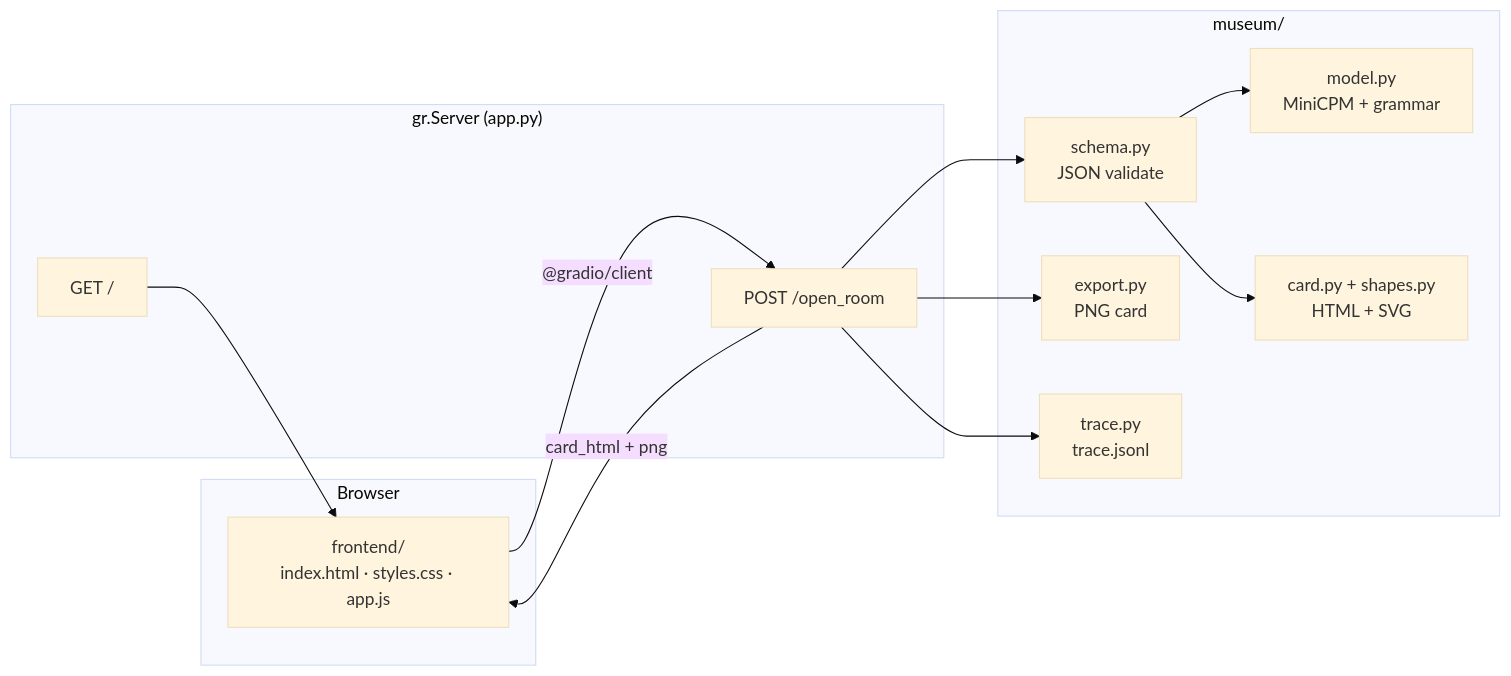
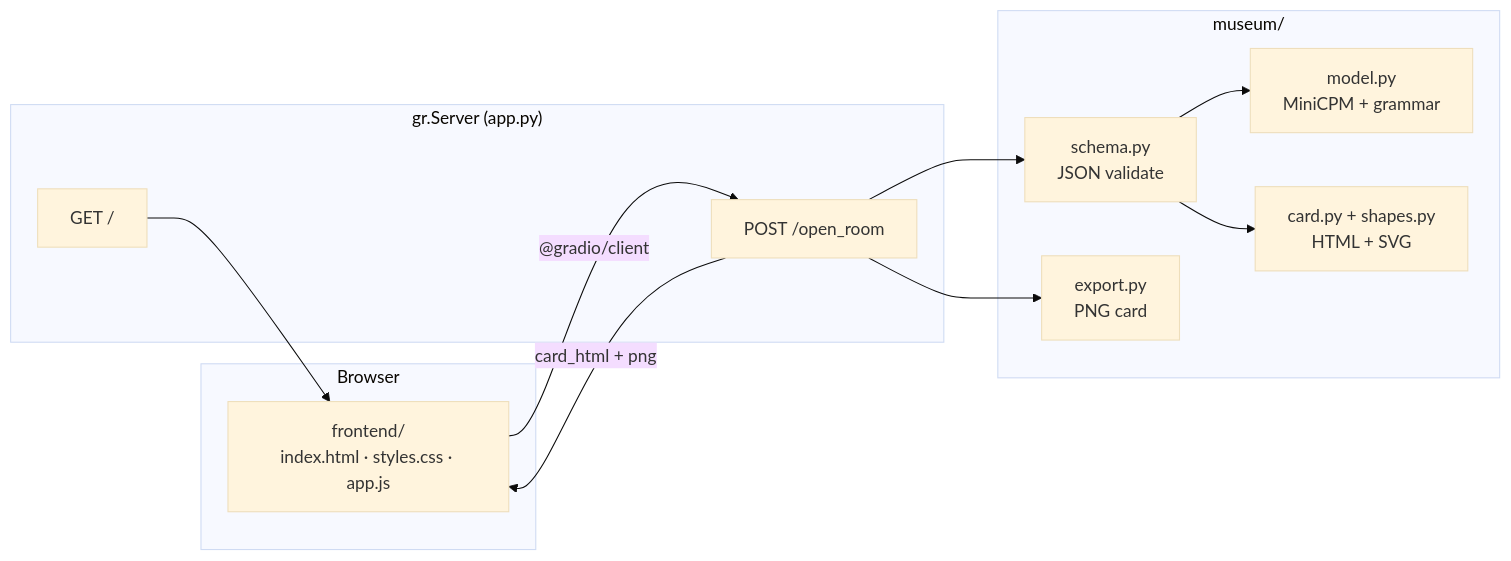
One commit to Rime504/museum-of-unlived-lives changed the diagram in README.md. Above: the diagram before and after it, drawn with Mermaid (base theme). The commit also changed other lines of this file and 5 other files, not shown here.

````diff
--- a/README.md
+++ b/README.md
@@ -28,28 +28,26 @@
 ```mermaid
 flowchart LR
   subgraph client["Browser"]
     UI["frontend/<br/>index.html · styles.css · app.js"]
   end
 
   subgraph server["gr.Server (app.py)"]
     GET["GET /"]
     API["POST /open_room"]
   end
 
   subgraph museum["museum/"]
     SCHEMA["schema.py<br/>JSON validate"]
     MODEL["model.py<br/>MiniCPM + grammar"]
     CARD["card.py + shapes.py<br/>HTML + SVG"]
     EXPORT["export.py<br/>PNG card"]
-    TRACE["trace.py<br/>trace.jsonl"]
   end
 
   UI -->|"@gradio/client"| API
   GET --> UI
   API --> SCHEMA
   SCHEMA --> MODEL
   SCHEMA --> CARD
   API --> EXPORT
-  API --> TRACE
   API -->|"card_html + png"| UI
 ```
````
